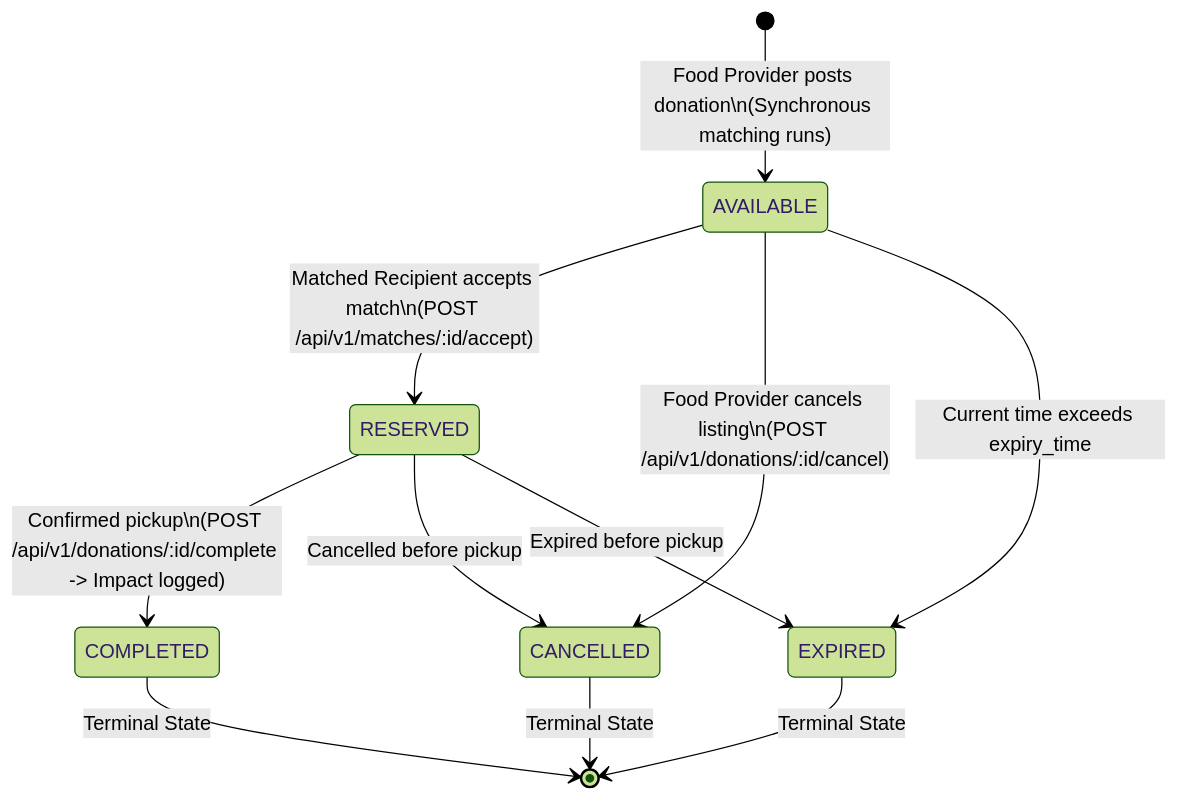
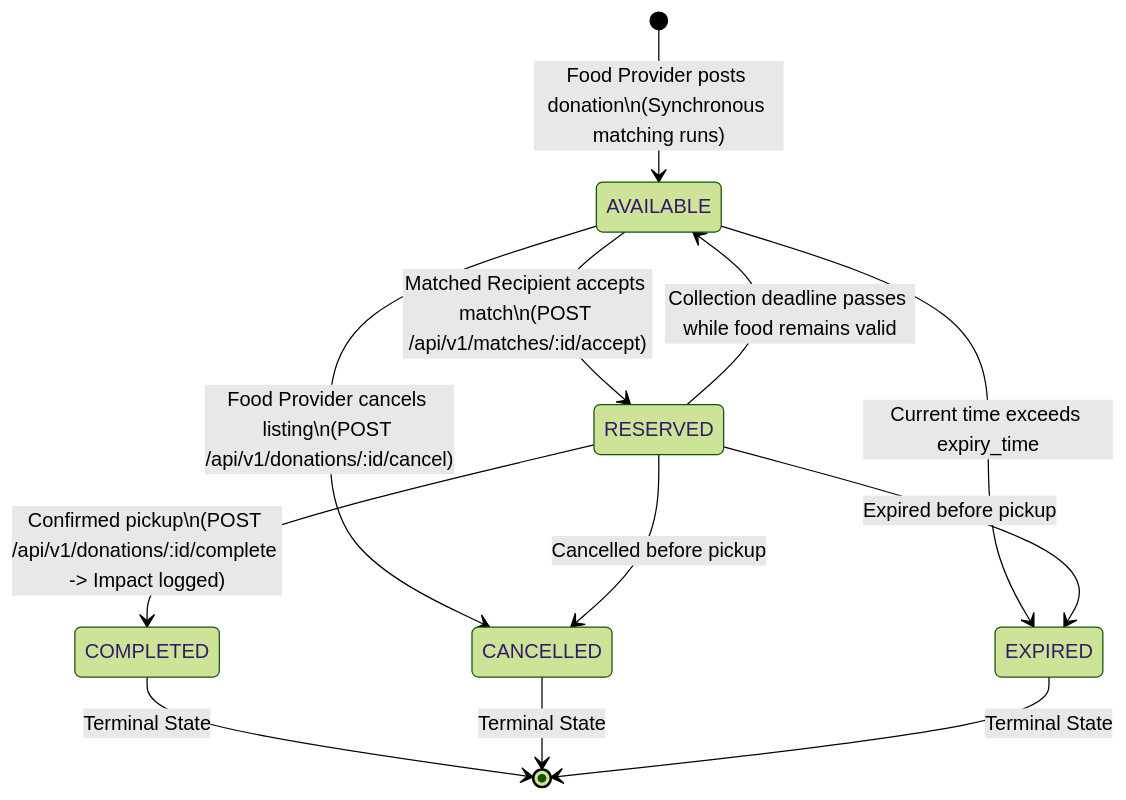
The fourth of 4 diagrams in docs/ARCHITECTURE.md (KShruti772/FoodSync-AI), drawn with Mermaid (forest theme) before and after one commit. The commit also changed other lines of this file and 35 other files, not shown here.

````diff
--- a/docs/ARCHITECTURE.md
+++ b/docs/ARCHITECTURE.md
@@ -194,16 +195,17 @@
 ```mermaid
 stateDiagram-v2
     [*] --> AVAILABLE : Food Provider posts donation\n(Synchronous matching runs)
     
     AVAILABLE --> RESERVED : Matched Recipient accepts match\n(POST /api/v1/matches/:id/accept)
+    RESERVED --> AVAILABLE : Collection deadline passes while food remains valid
     AVAILABLE --> CANCELLED : Food Provider cancels listing\n(POST /api/v1/donations/:id/cancel)
     AVAILABLE --> EXPIRED : Current time exceeds expiry_time
     
     RESERVED --> COMPLETED : Confirmed pickup\n(POST /api/v1/donations/:id/complete -> Impact logged)
     RESERVED --> CANCELLED : Cancelled before pickup
     RESERVED --> EXPIRED : Expired before pickup
     
     COMPLETED --> [*] : Terminal State
     CANCELLED --> [*] : Terminal State
     EXPIRED --> [*] : Terminal State
 ```
````
